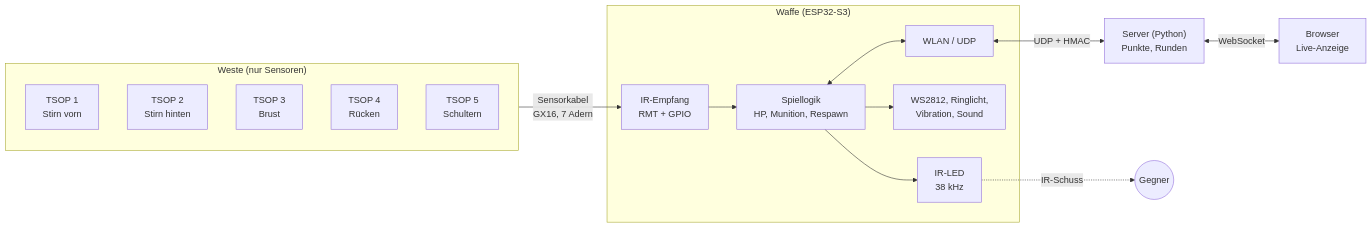
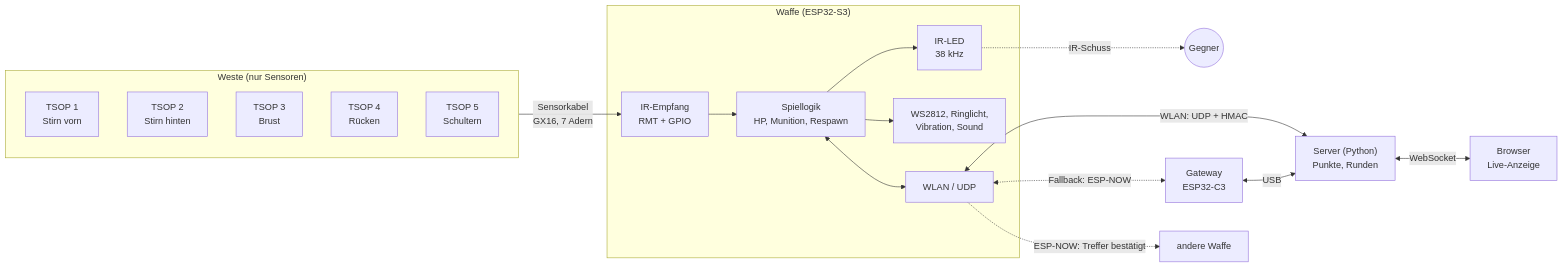
One commit to G5K-org/open-lasertag changed the diagram in readme.md. Above: the diagram before and after it, drawn with Mermaid. The commit also changed other lines of this file and 30 other files, not shown here.

First line of the commit message:
ESP-NOW: Fallback über Gateway und Trefferbestätigung Waffe zu Waffe

````diff
--- a/readme.md
+++ b/readme.md
@@ -70,28 +73,33 @@
 ```mermaid
 flowchart LR
     subgraph Weste["Weste (nur Sensoren)"]
         T1["TSOP 1<br>Stirn vorn"]
         T2["TSOP 2<br>Stirn hinten"]
         T3["TSOP 3<br>Brust"]
         T4["TSOP 4<br>Rücken"]
         T5["TSOP 5<br>Schultern"]
     end
     subgraph Waffe["Waffe (ESP32-S3)"]
         RX["IR-Empfang<br>RMT + GPIO"]
         GAME["Spiellogik<br>HP, Munition, Respawn"]
         TX["IR-LED<br>38 kHz"]
         FX["WS2812, Ringlicht,<br>Vibration, Sound"]
         NET["WLAN / UDP"]
     end
     SRV["Server (Python)<br>Punkte, Runden"]
+    GW["Gateway<br>ESP32-C3"]
     WEB["Browser<br>Live-Anzeige"]
+    W2["andere Waffe"]
 
     Weste -->|"Sensorkabel<br>GX16, 7 Adern"| RX
     RX --> GAME
     GAME --> TX
     GAME --> FX
     GAME <--> NET
-    NET <-->|"UDP + HMAC"| SRV
+    NET <-->|"WLAN: UDP + HMAC"| SRV
+    NET <-.->|"Fallback: ESP-NOW"| GW
+    GW <-->|USB| SRV
+    NET -.->|"ESP-NOW: Treffer bestätigt"| W2
     SRV <-->|WebSocket| WEB
     TX -.->|IR-Schuss| G(("Gegner"))
 ```
````
